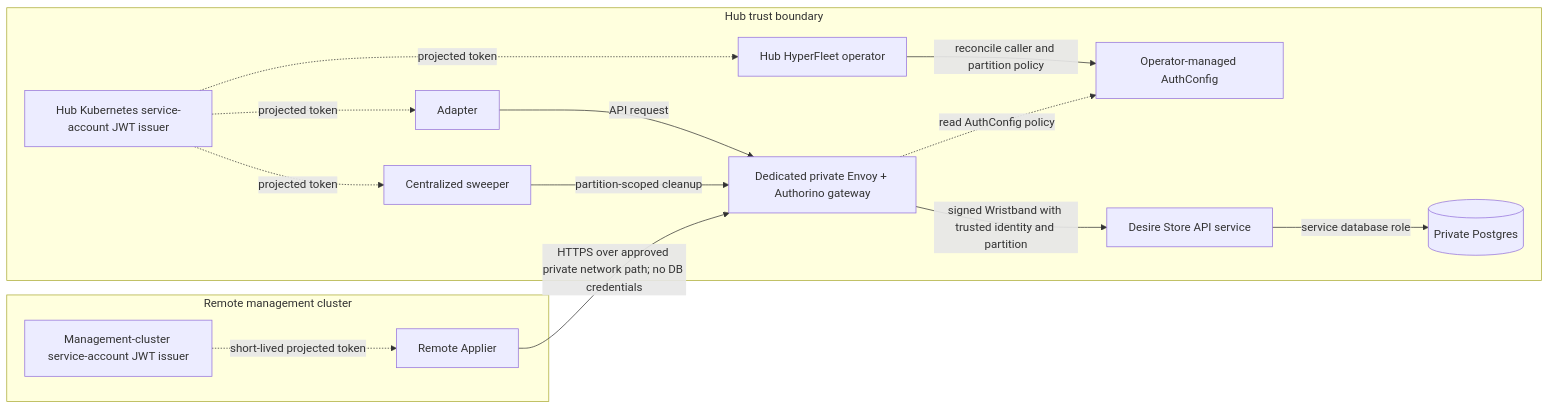
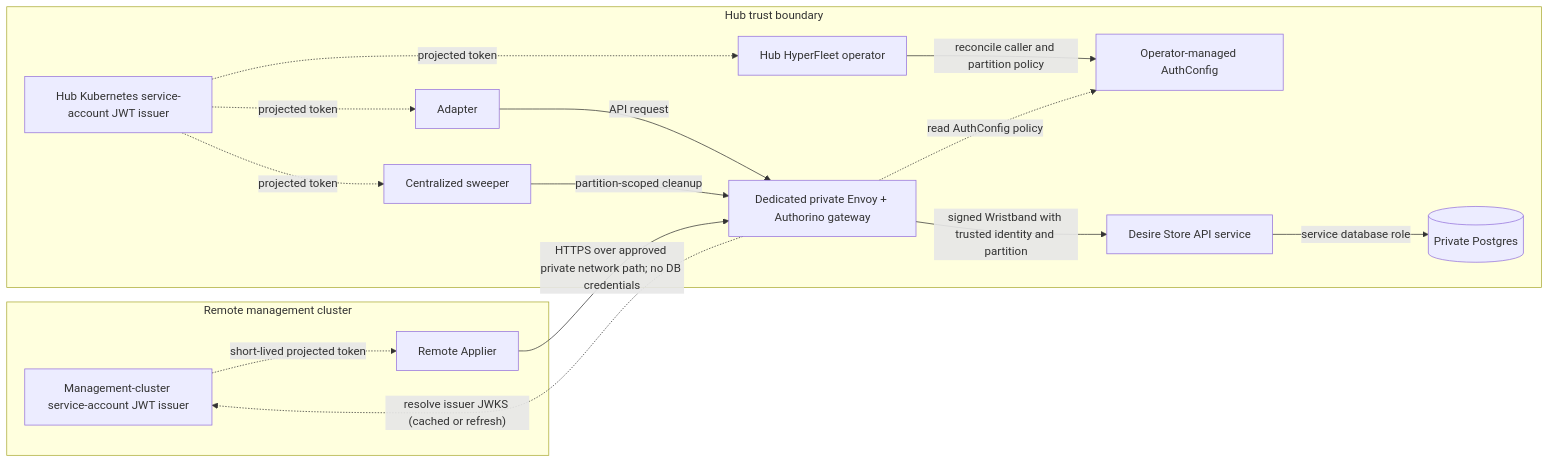
Before and after one commit to Mischulee/architecture: the first of 2 diagrams in hyperfleet/docs/desire-store-hld.md, drawn with Mermaid. The commit also changed other lines of this file and 2 other files, not shown here.

````diff
--- a/hyperfleet/docs/desire-store-hld.md
+++ b/hyperfleet/docs/desire-store-hld.md
@@ -38,30 +38,31 @@
 ```mermaid
 flowchart LR
     subgraph MC["Remote management cluster"]
         MCISS["Management-cluster service-account JWT issuer"]
         AP["Remote Applier"]
         MCISS -.->|"short-lived projected token"| AP
     end
 
     subgraph HUB["Hub trust boundary"]
         HISS["Hub Kubernetes service-account JWT issuer"]
         AD["Adapter"]
         GC["Centralized sweeper"]
         OP["Hub HyperFleet operator"]
         AC["Operator-managed AuthConfig"]
         GW["Dedicated private Envoy + Authorino gateway"]
         DS["Desire Store API service"]
         PG[("Private Postgres")]
 
         HISS -.->|"projected token"| AD
         HISS -.->|"projected token"| GC
         HISS -.->|"projected token"| OP
         AD -->|"API request"| GW
         GC -->|"partition-scoped cleanup"| GW
         OP -->|"reconcile caller and partition policy"| AC
         AP -->|"HTTPS over approved private network path; no DB credentials"| GW
         GW -->|"signed Wristband with trusted identity and partition"| DS
         GW -.->|"read AuthConfig policy"| AC
+        GW -.->|"resolve issuer JWKS (cached or refresh)"| MCISS
         DS -->|"service database role"| PG
     end
 ```
````
